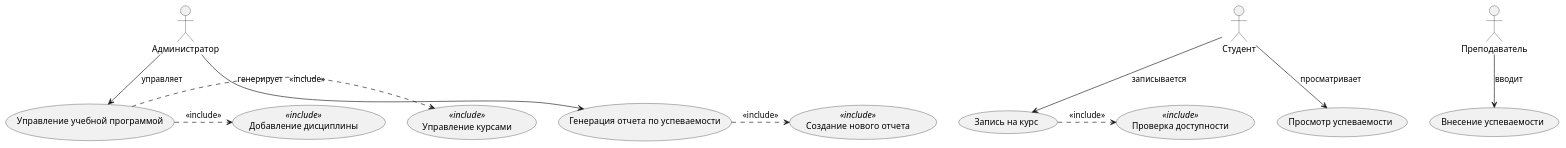
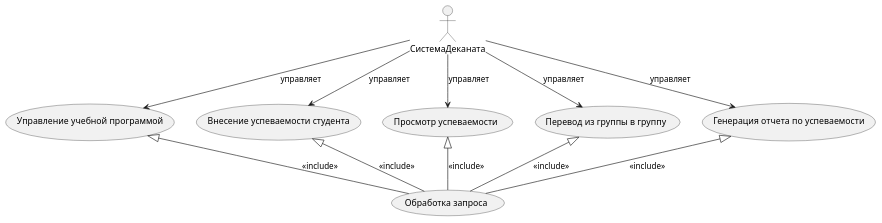
The diagram in Прецеденты/Диаграмма прецедентов.md (penamarth/bsbo-02-22_team4_var4), drawn with PlantUML before and after one commit.

Commit message:
Update Диаграмма прецедентов.md

````diff
--- a/Прецеденты/Диаграмма прецедентов.md
+++ b/Прецеденты/Диаграмма прецедентов.md
@@ -1,31 +1,31 @@
 ```plantuml
 @startuml
-actor Администратор as Admin
-actor Преподаватель as Teacher
-actor Студент as Student
+actor СистемаДеканата as SystemDean
 
-usecase UC1 as "Управление учебной программой"
-usecase UC2 as "Внесение успеваемости"
-usecase UC3 as "Просмотр успеваемости"
-usecase UC4 as "Запись на курс"
-usecase UC5 as "Генерация отчета по успеваемости"
+usecase "Управление учебной программой" as UC1
+usecase "Внесение успеваемости студента" as UC2
+usecase "Просмотр успеваемости" as UC3
+usecase "Перевод из группы в группу" as UC4
+usecase "Генерация отчета по успеваемости" as UC5
 
-Admin --> UC1 : управляет
-Admin --> UC5 : генерирует
+SystemDean --> UC1 : управляет
+SystemDean --> UC2 : управляет
+SystemDean --> UC3 : управляет
+SystemDean --> UC4 : управляет
+SystemDean --> UC5 : управляет
 
-Teacher --> UC2 : вводит
-Student --> UC3 : просматривает
-Student --> UC4 : записывается
+usecase "Обработка запроса" as UC_Process
+UC1 <|-- UC_Process : <<include>>
+UC2 <|-- UC_Process : <<include>>
+UC3 <|-- UC_Process : <<include>>
+UC4 <|-- UC_Process : <<include>>
+UC5 <|-- UC_Process : <<include>>
 
-usecase UC6 as "Управление курсами" <<include>>
-usecase UC7 as "Проверка доступности" <<include>>
-usecase UC8 as "Создание нового отчета" <<include>>
-usecase UC9 as "Добавление дисциплины" <<include>>
+@enduml
 
-UC1 .> UC6 : <<include>>
 UC1 .> UC9 : <<include>>
 UC5 .> UC8 : <<include>>
 UC4 .> UC7 : <<include>>
 
 @enduml
 ```
````
